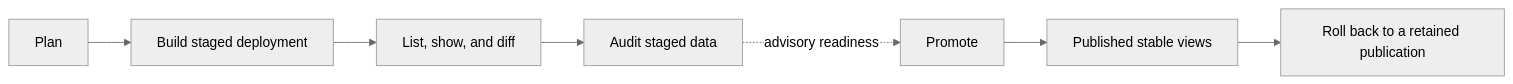
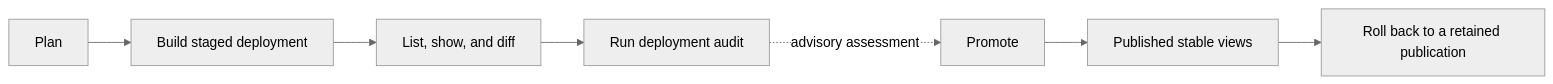
One commit to chio-labs/streambuild-docs changed the first of 2 diagrams in concepts/deployments.mdx. Above: the diagram before and after it, drawn with Mermaid (neutral theme). The commit also changed other lines of this file and 4 other files, not shown here.

Commit message:
docs: clarify deployment readiness assessments (#6)

````diff
--- a/concepts/deployments.mdx
+++ b/concepts/deployments.mdx
@@ -18,9 +18,9 @@
 ```mermaid
 flowchart LR
   plan["Plan"] --> build["Build staged deployment"]
   build --> inspect["List, show, and diff"]
-  inspect --> assess["Audit staged data"]
-  assess -. "advisory readiness" .-> promote["Promote"]
+  inspect --> audit["Run deployment audit"]
+  audit -. "advisory assessment" .-> promote["Promote"]
   promote --> published["Published stable views"]
   published --> rollback["Roll back to a retained publication"]
 ```
````
